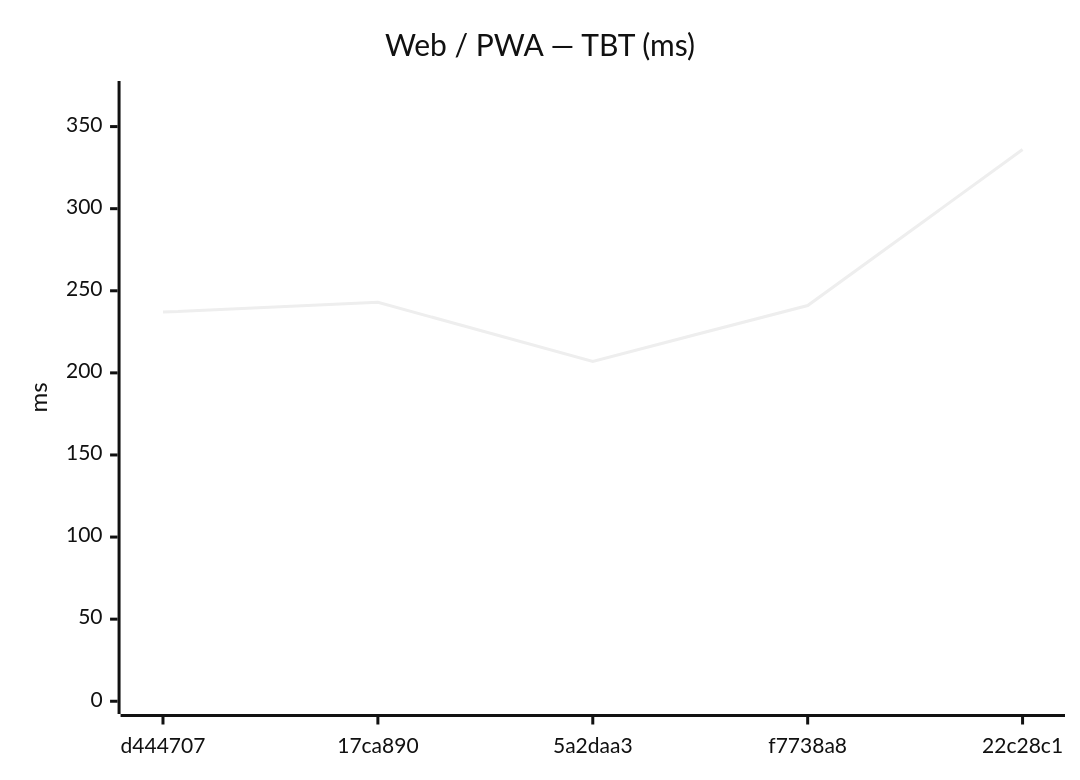
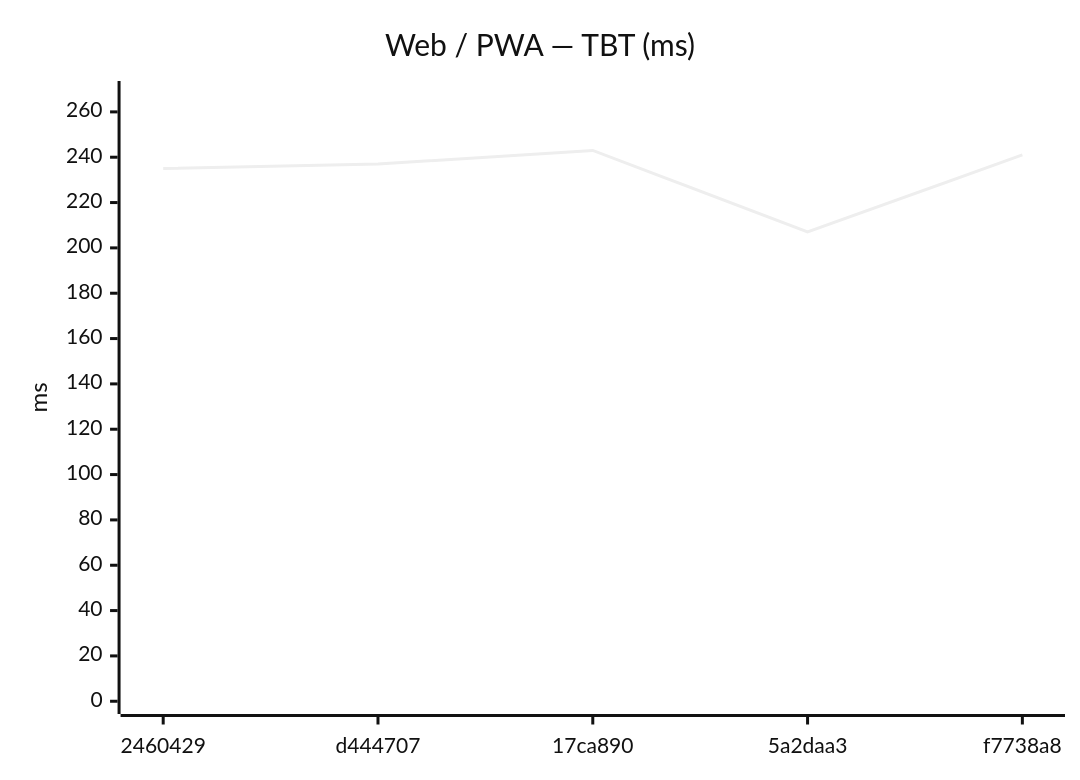
The eighth of 18 diagrams in benchmarks/compare.md (Metaheurist/Rianell), drawn with Mermaid (neutral theme) before and after one commit. The commit also changed other lines of this file and 11 other files, not shown here.

````diff
--- a/benchmarks/compare.md
+++ b/benchmarks/compare.md
@@ -124,7 +124,7 @@
 ```mermaid
 xychart-beta
     title "Web / PWA — TBT (ms)"
-    x-axis ["d444707", "17ca890", "5a2daa3", "f7738a8", "22c28c1"]
-    y-axis "ms" 0 --> 370
-    line [237, 243, 207, 241, 336]
+    x-axis ["2460429", "d444707", "17ca890", "5a2daa3", "f7738a8"]
+    y-axis "ms" 0 --> 268
+    line [235, 237, 243, 207, 241]
 ```
````
